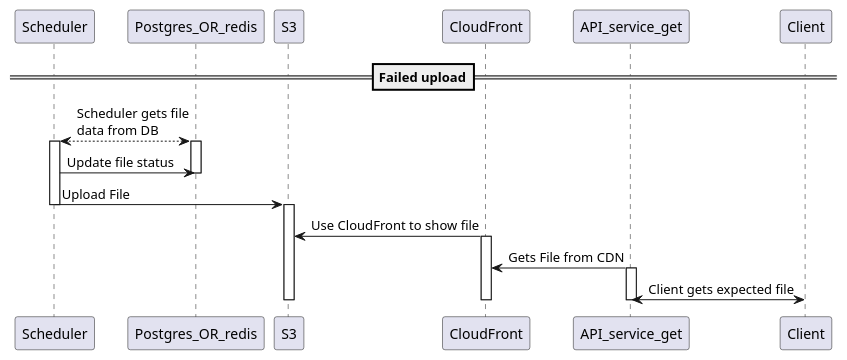
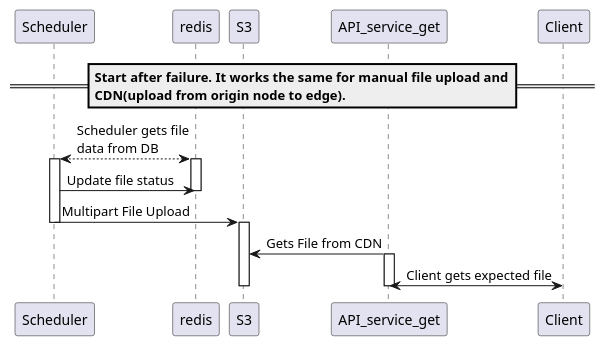
One commit to dkarpele/graduate_work changed the diagram in architecture/C3_failed_upload.puml. Above: the diagram before and after it, drawn with PlantUML. The commit also changed 3 other files, not shown here.

```diff
--- a/architecture/C3_failed_upload.puml
+++ b/architecture/C3_failed_upload.puml
@@ -1,22 +1,20 @@
 @startuml
 
-==Failed upload==
+==Start after failure. It works the same for manual file upload and\nCDN(upload from origin node to edge).==
 
-Scheduler <--> Postgres_OR_redis: Scheduler gets file\ndata from DB
-activate Postgres_OR_redis
+Scheduler <--> redis: Scheduler gets file\ndata from DB
+activate redis
 activate Scheduler
-Scheduler -> Postgres_OR_redis: Update file status
-deactivate Postgres_OR_redis
-Scheduler -> S3: Upload File
+Scheduler -> redis: Update file status
+deactivate redis
+Scheduler -> S3: Multipart File Upload
 deactivate Scheduler
 
 activate S3
-S3 <- CloudFront: Use CloudFront to show file
-activate CloudFront
-CloudFront <- API_service_get: Gets File from CDN
+
+S3 <- API_service_get: Gets File from CDN
 activate API_service_get
 API_service_get <-> Client: Client gets expected file
-deactivate CloudFront
 deactivate API_service_get
 deactivate S3
 @enduml
```
